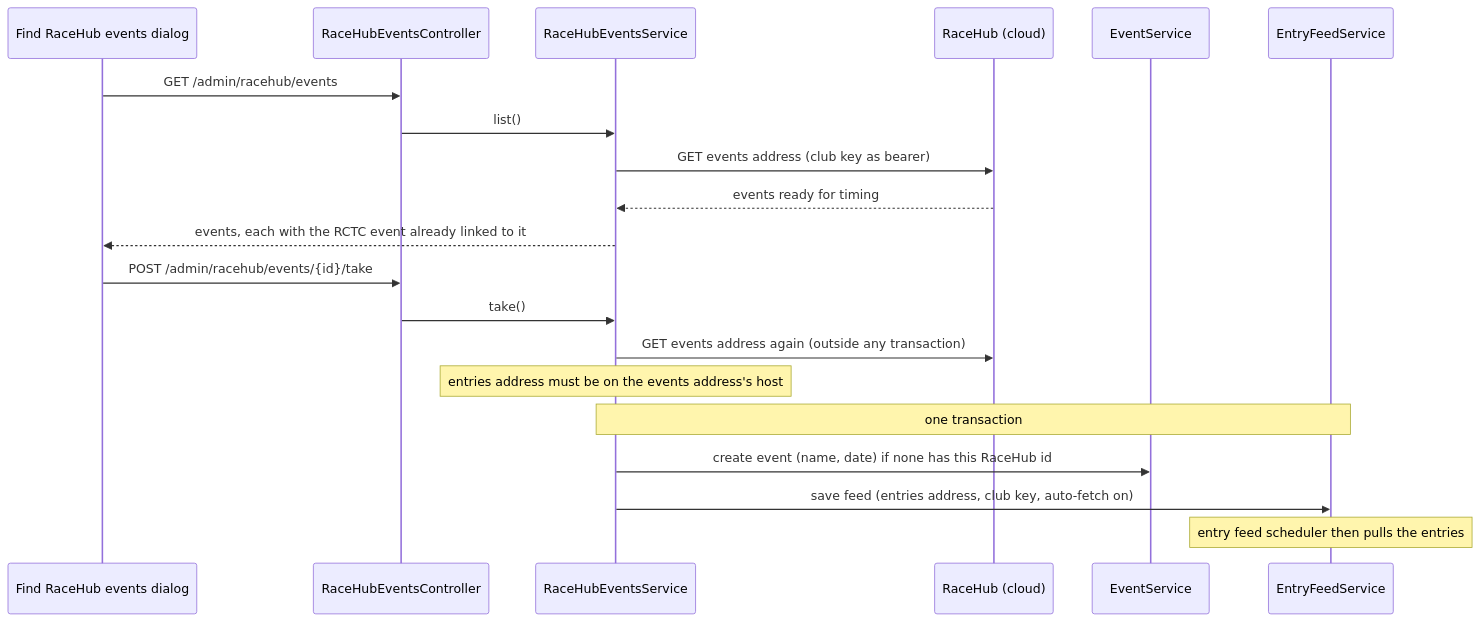
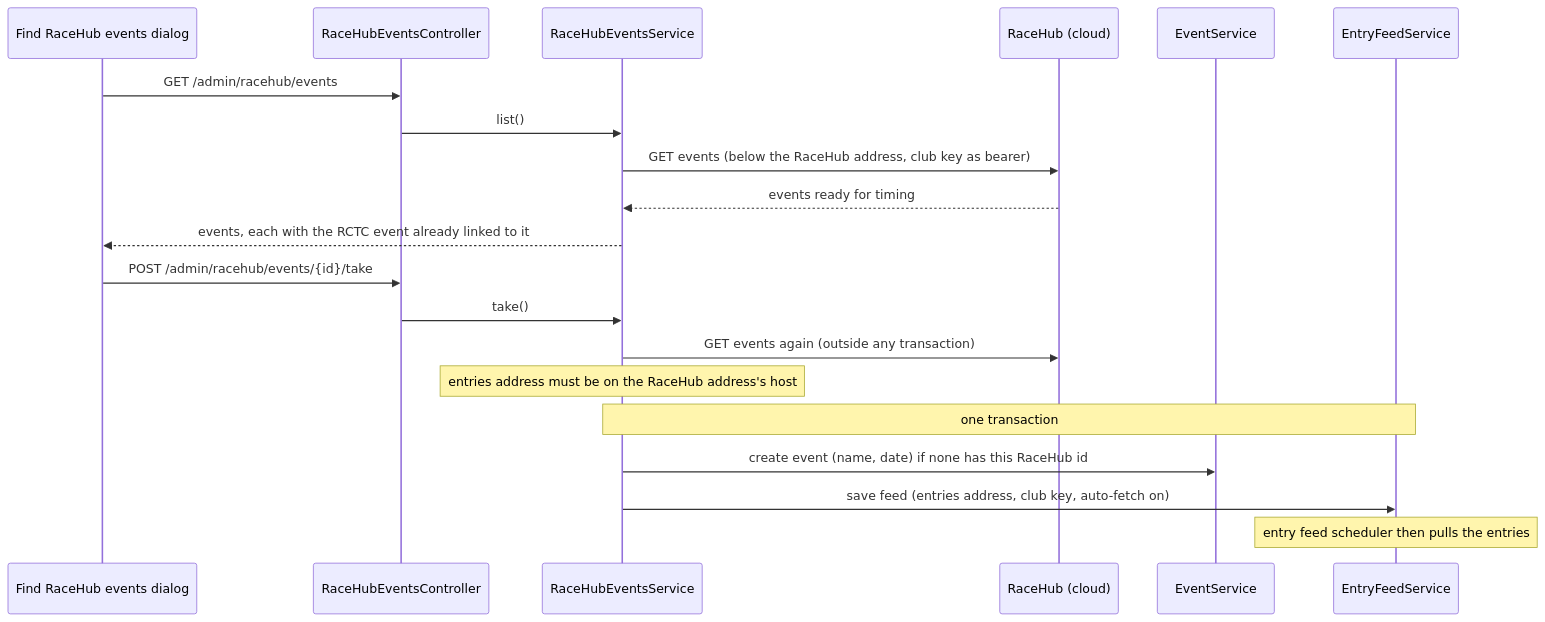
Diagram 15 of 15 in docs/developer/sequences.md (RCRaceHub/RCTimingControl), drawn with Mermaid before and after one commit. The commit also changed 48 other files, not shown here.

First line of the commit message:
Set RaceHub's address once, for results, events, classes and imports (#815)

````diff
--- a/docs/developer/sequences.md
+++ b/docs/developer/sequences.md
@@ -449,22 +449,22 @@
 ```mermaid
 sequenceDiagram
     participant UI as Find RaceHub events dialog
     participant C as RaceHubEventsController
     participant S as RaceHubEventsService
     participant RH as RaceHub (cloud)
     participant ES as EventService
     participant FS as EntryFeedService
     UI->>C: GET /admin/racehub/events
     C->>S: list()
-    S->>RH: GET events address (club key as bearer)
+    S->>RH: GET events (below the RaceHub address, club key as bearer)
     RH-->>S: events ready for timing
     S-->>UI: events, each with the RCTC event already linked to it
     UI->>C: POST /admin/racehub/events/{id}/take
     C->>S: take()
-    S->>RH: GET events address again (outside any transaction)
-    Note over S: entries address must be on the events address's host
+    S->>RH: GET events again (outside any transaction)
+    Note over S: entries address must be on the RaceHub address's host
     Note over S,FS: one transaction
     S->>ES: create event (name, date) if none has this RaceHub id
     S->>FS: save feed (entries address, club key, auto-fetch on)
     Note over FS: entry feed scheduler then pulls the entries
 ```
````
